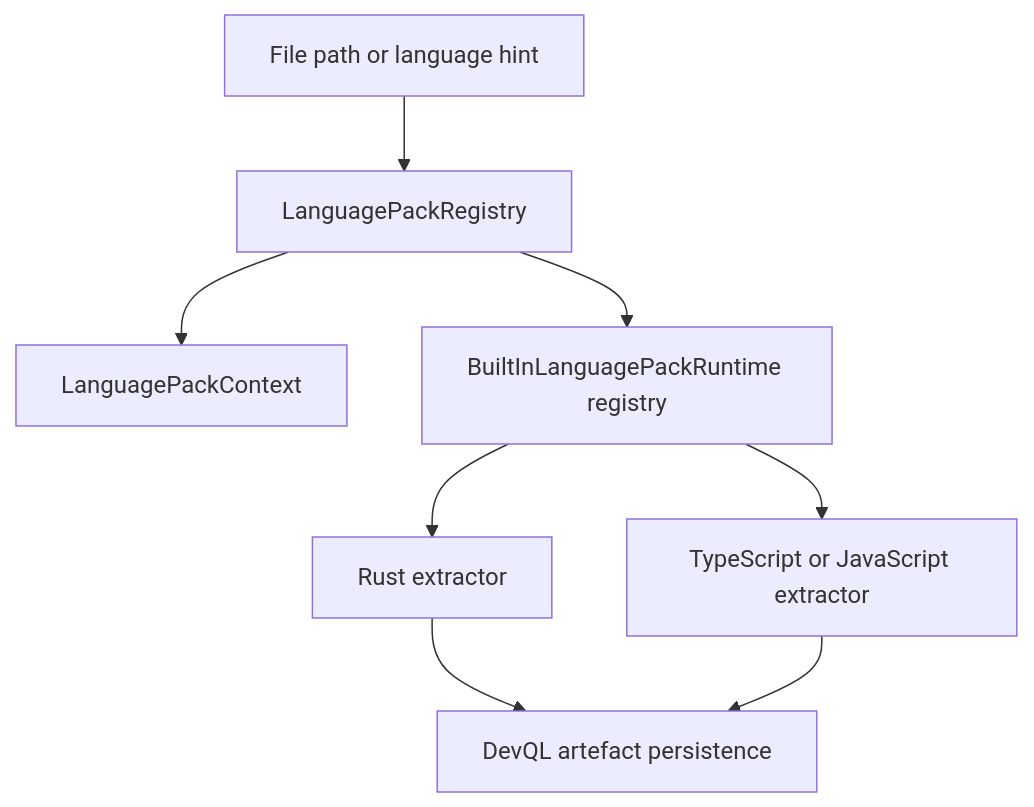
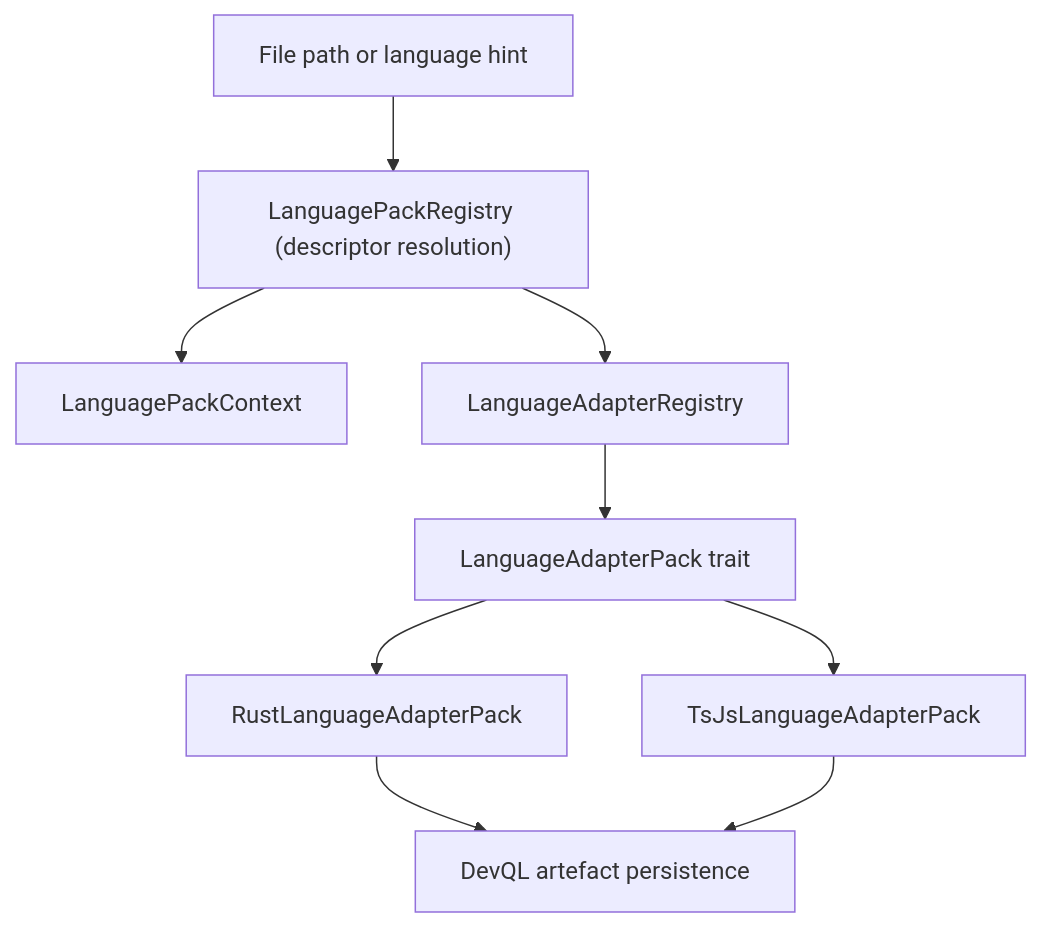
One commit to bitloops/bitloops changed the diagram in docs/layered-extension-architecture-language-adapters.md. Above: the diagram before and after it, drawn with Mermaid. The commit also changed other lines of this file and 49 other files, not shown here.

First line of the commit message:
feat(language-adapter): introduce language adapter framework

````diff
--- a/docs/layered-extension-architecture-language-adapters.md
+++ b/docs/layered-extension-architecture-language-adapters.md
@@ -21,18 +20,20 @@
 ```mermaid
 flowchart TD
     INPUT["File path or language hint"]
-    REGISTRY["LanguagePackRegistry"]
-    CONTEXT["LanguagePackContext"]
-    RUNTIME["BuiltInLanguagePackRuntime registry"]
-    RUST["Rust extractor"]
-    TSJS["TypeScript or JavaScript extractor"]
+    PACKREG["LanguagePackRegistry (descriptor resolution)"]
+    CTX["LanguagePackContext"]
+    ADAPTERREG["LanguageAdapterRegistry"]
+    TRAIT["LanguageAdapterPack trait"]
+    RUST["RustLanguageAdapterPack"]
+    TSJS["TsJsLanguageAdapterPack"]
     PERSIST["DevQL artefact persistence"]
 
-    INPUT --> REGISTRY
-    REGISTRY --> CONTEXT
-    REGISTRY --> RUNTIME
-    RUNTIME --> RUST
-    RUNTIME --> TSJS
+    INPUT --> PACKREG
+    PACKREG --> CTX
+    PACKREG --> ADAPTERREG
+    ADAPTERREG --> TRAIT
+    TRAIT --> RUST
+    TRAIT --> TSJS
     RUST --> PERSIST
     TSJS --> PERSIST
 ```
````
